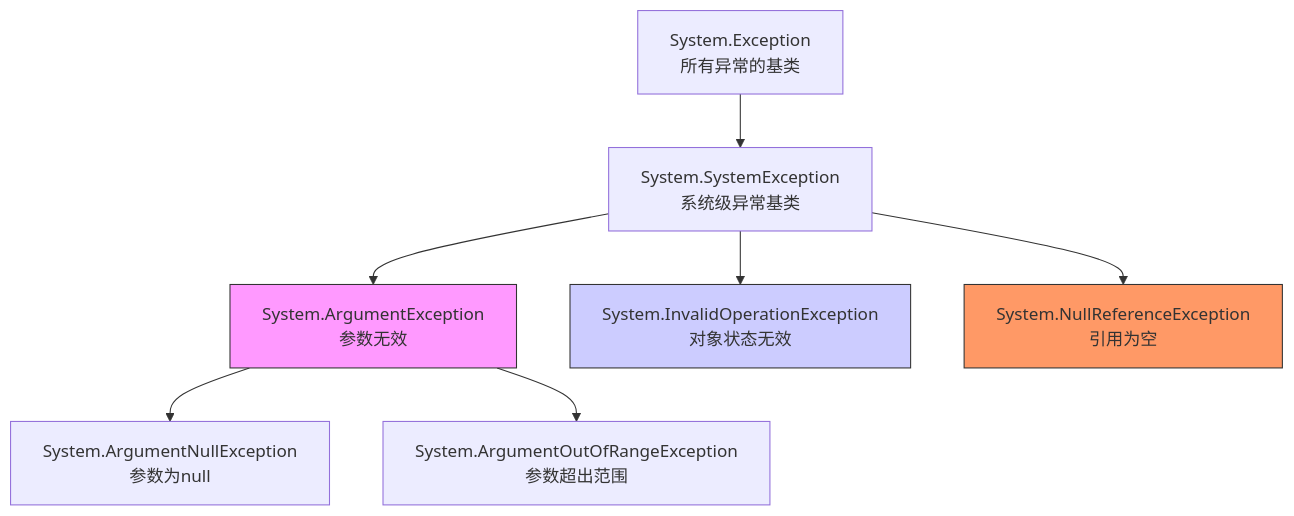
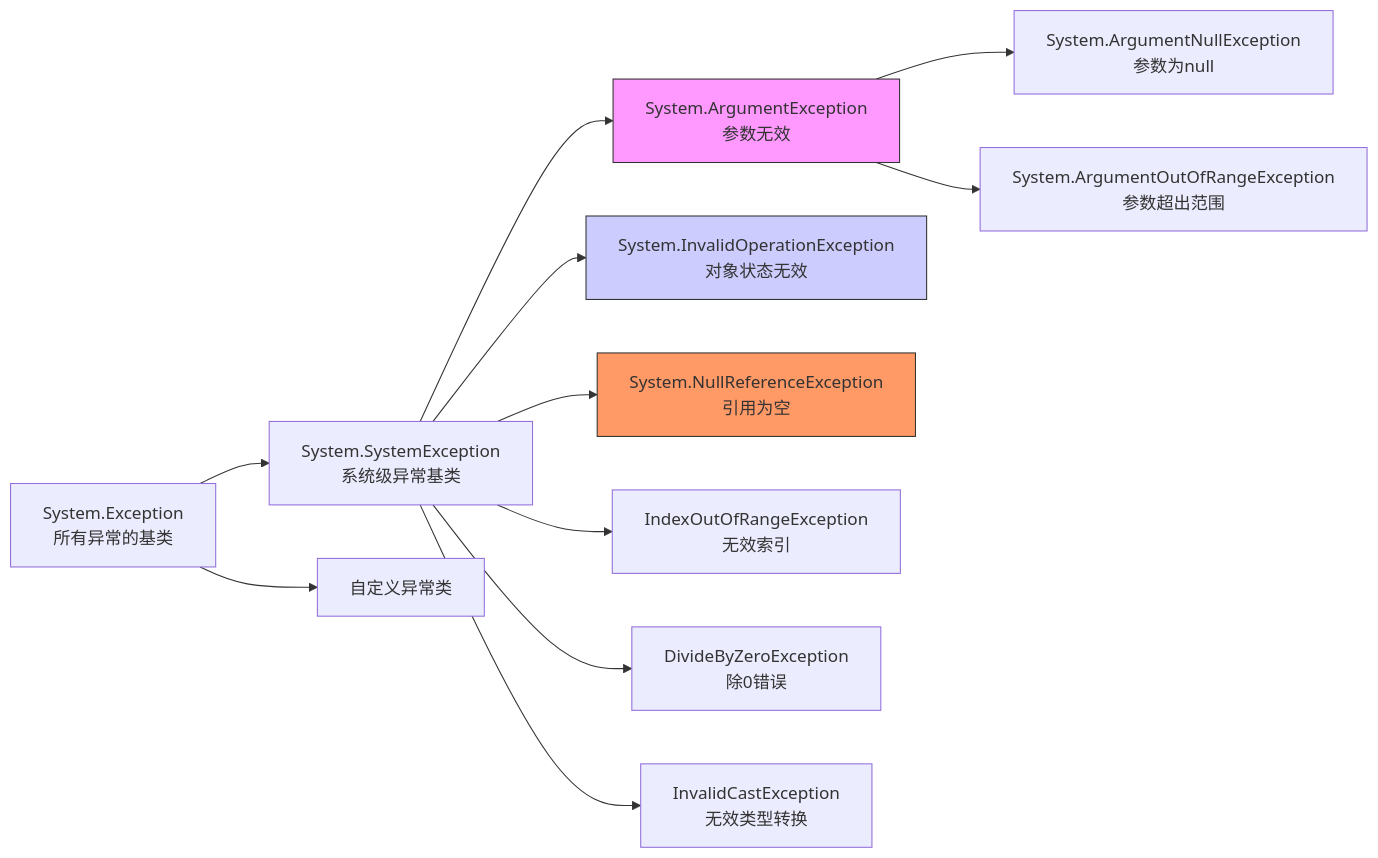
Before and after one commit to xiaoYoc/CSharp-Learning-Notes-In-a-Nutshell: the eighth of 11 diagrams in Readme.md, drawn with Mermaid. The commit also changed other lines of this file and 12 other files, not shown here.

````diff
--- a/Readme.md
+++ b/Readme.md
@@ -1522,15 +1616,17 @@
 ```mermaid
-flowchart TD
+flowchart LR
     A[System.Exception<br/>所有异常的基类] --> B[System.SystemException<br/>系统级异常基类]
-    
+    A --> A1[自定义异常类]
     B --> C[System.ArgumentException<br/>参数无效]
     C --> D[System.ArgumentNullException<br/>参数为null]
     C --> E[System.ArgumentOutOfRangeException<br/>参数超出范围]
     
     B --> F[System.InvalidOperationException<br/>对象状态无效]
     B --> J[System.NullReferenceException<br/>引用为空]
-
+    B -->H[IndexOutOfRangeException<br/>无效索引]
+    B-->I[DivideByZeroException<br/>除0错误]
+    B -->L[InvalidCastException<br/>无效类型转换]
     style C fill:#f9f,stroke:#333
     style F fill:#ccf,stroke:#333
     style J fill:#f96,stroke:#333
 ```
````
